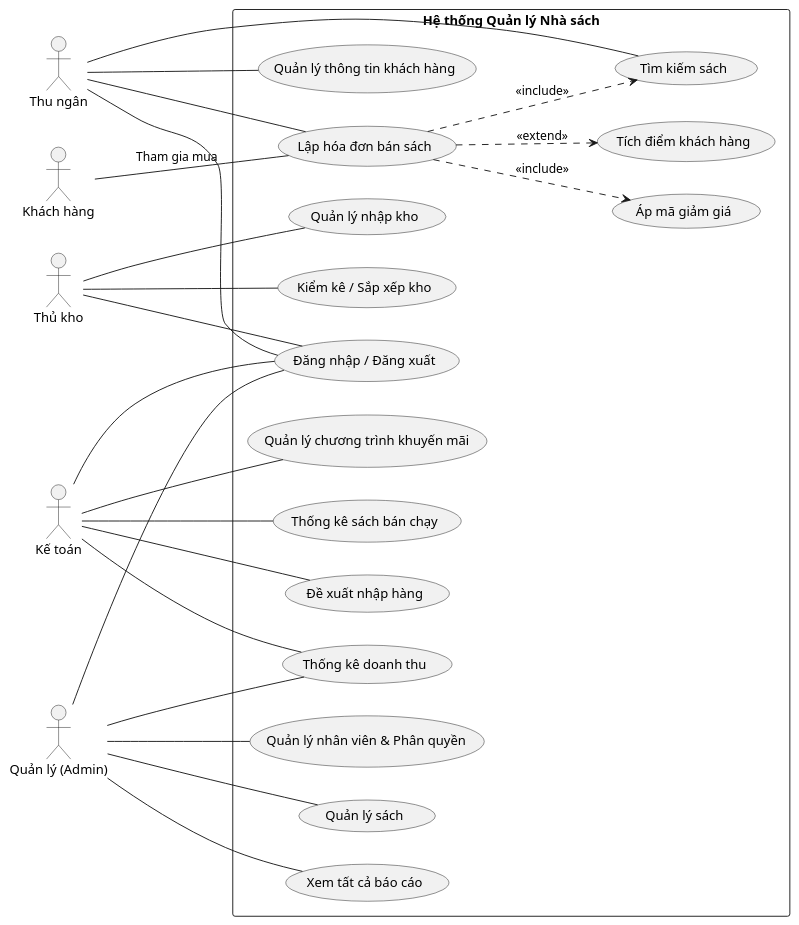
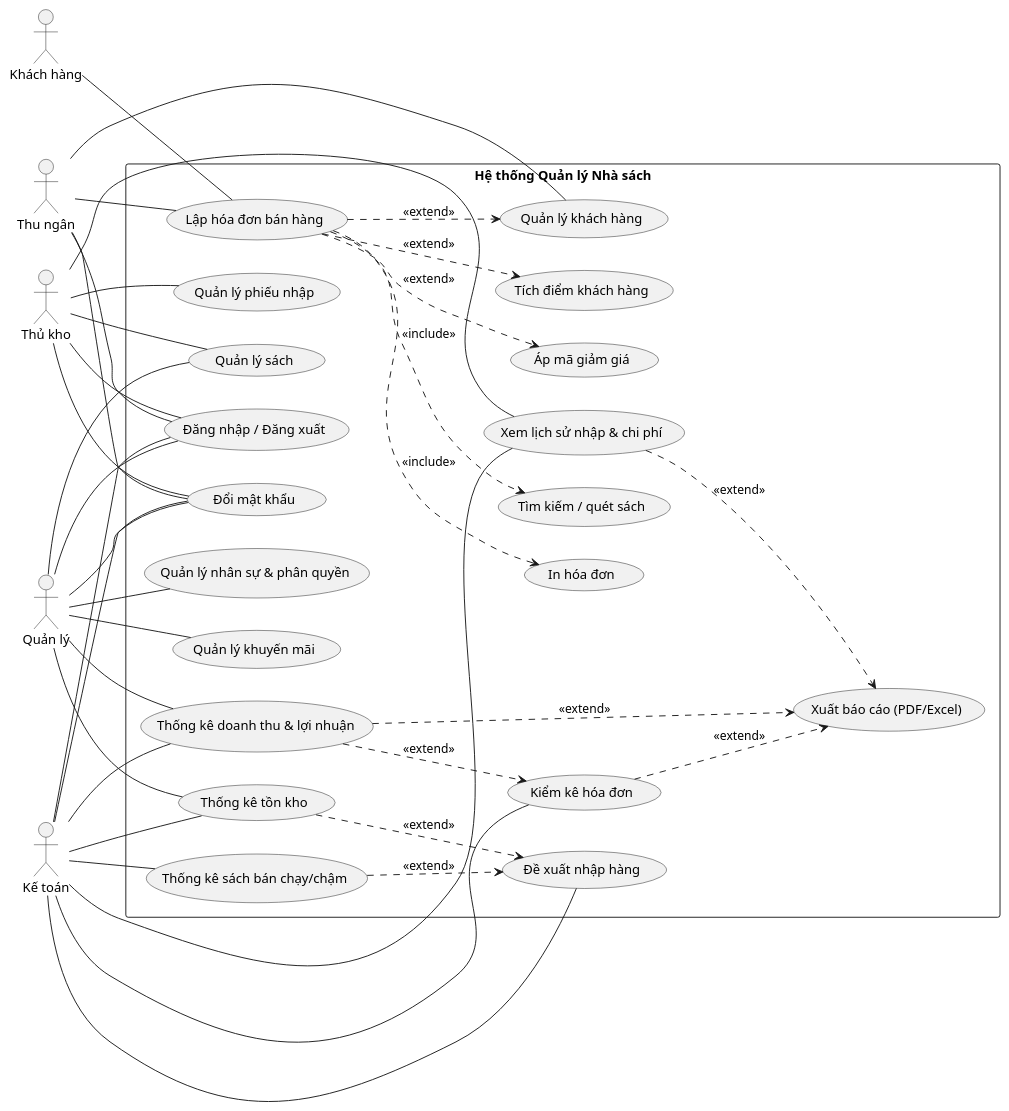
Before and after one commit to Kh0anh/QuanLyNhaSach: the diagram in docs/use case/tổng quan.plantuml, drawn with PlantUML. The commit also changed 13 other files, not shown here.

```diff
--- a/docs/use case/tổng quan.plantuml
+++ b/docs/use case/tổng quan.plantuml
@@ -1,70 +1,92 @@
 @startuml
 left to right direction
 skinparam packageStyle rectangle
 
 actor "Khách hàng" as KH
 actor "Thu ngân" as TN
 actor "Thủ kho" as TK
 actor "Kế toán" as KT
-actor "Quản lý (Admin)" as QL
+actor "Quản lý" as QL
 
 package "Hệ thống Quản lý Nhà sách" {
-    
+
     usecase "Đăng nhập / Đăng xuất" as UC_Login
-    
+    usecase "Đổi mật khẩu" as UC_ChangePwd
+
     ' Nhóm Bán hàng (Thu ngân)
-    usecase "Lập hóa đơn bán sách" as UC_BanHang
-    usecase "Tìm kiếm sách" as UC_TimSach
+    usecase "Lập hóa đơn bán hàng" as UC_BanHang
+    usecase "Tìm kiếm / quét sách" as UC_TimSach
     usecase "Áp mã giảm giá" as UC_GiamGia
-    usecase "Quản lý thông tin khách hàng" as UC_QLKH
+    usecase "Quản lý khách hàng" as UC_QLKH
     usecase "Tích điểm khách hàng" as UC_TichDiem
-    
-    ' Nhóm Kho (Thủ kho)
-    usecase "Quản lý nhập kho" as UC_NhapKho
-    usecase "Kiểm kê / Sắp xếp kho" as UC_KiemKho
-    
-    ' Nhóm Kế toán
-    usecase "Thống kê doanh thu" as UC_TK_DoanhThu
-    usecase "Thống kê sách bán chạy" as UC_TK_BanChay
+    usecase "In hóa đơn" as UC_InHoaDon
+
+    ' Nhập kho
+    usecase "Quản lý phiếu nhập" as UC_PhieuNhap
+
+    ' Danh mục sách
+    usecase "Quản lý sách" as UC_QLSach
+
+    ' Nhân sự
+    usecase "Quản lý nhân sự & phân quyền" as UC_QLNV
+
+    ' Khuyến mãi
+    usecase "Quản lý khuyến mãi" as UC_QLKM
+
+    ' Thống kê - báo cáo
+    usecase "Thống kê doanh thu & lợi nhuận" as UC_TK_DoanhThu
+    usecase "Kiểm kê hóa đơn" as UC_KK_HoaDon
+    usecase "Thống kê tồn kho" as UC_TK_TonKho
+    usecase "Thống kê sách bán chạy/chậm" as UC_TK_BanChay
+    usecase "Xem lịch sử nhập & chi phí" as UC_LichSuNhap
     usecase "Đề xuất nhập hàng" as UC_DeXuatNhap
-    usecase "Quản lý chương trình khuyến mãi" as UC_QLKM
-    
-    ' Nhóm Quản trị (Quản lý)
-    usecase "Quản lý nhân viên & Phân quyền" as UC_QLNV
-    usecase "Quản lý sách" as UC_QLSach
-    usecase "Xem tất cả báo cáo" as UC_XemBaoCao
-
+    usecase "Xuất báo cáo (PDF/Excel)" as UC_XuatBC
 }
 
 ' Quan hệ Thu ngân
 TN -- UC_Login
+TN -- UC_ChangePwd
 TN -- UC_BanHang
-TN -- UC_TimSach
 TN -- UC_QLKH
-UC_BanHang ..> UC_GiamGia : <<include>>
+UC_BanHang ..> UC_TimSach : <<include>>
+UC_BanHang ..> UC_GiamGia : <<extend>>
 UC_BanHang ..> UC_TichDiem : <<extend>>
-UC_BanHang ..> UC_TimSach : <<include>>
+UC_BanHang ..> UC_InHoaDon : <<include>>
+UC_BanHang ..> UC_QLKH : <<extend>>
 
-' Quan hệ Khách hàng (Tác động vào việc mua hàng)
-KH -- UC_BanHang : Tham gia mua
+' Quan hệ Khách hàng (tham gia mua hàng)
+KH -- UC_BanHang
 
 ' Quan hệ Thủ kho
 TK -- UC_Login
-TK -- UC_NhapKho
-TK -- UC_KiemKho
+TK -- UC_ChangePwd
+TK -- UC_PhieuNhap
+TK -- UC_QLSach
+TK -- UC_LichSuNhap
 
 ' Quan hệ Kế toán
 KT -- UC_Login
+KT -- UC_ChangePwd
 KT -- UC_TK_DoanhThu
+KT -- UC_KK_HoaDon
+KT -- UC_TK_TonKho
 KT -- UC_TK_BanChay
+KT -- UC_LichSuNhap
 KT -- UC_DeXuatNhap
-KT -- UC_QLKM
+UC_TK_DoanhThu ..> UC_XuatBC : <<extend>>
+UC_LichSuNhap ..> UC_XuatBC : <<extend>>
+UC_TK_TonKho ..> UC_DeXuatNhap : <<extend>>
+UC_TK_BanChay ..> UC_DeXuatNhap : <<extend>>
+UC_KK_HoaDon ..> UC_XuatBC : <<extend>>
+UC_TK_DoanhThu ..> UC_KK_HoaDon : <<extend>>
 
-' Quan hệ Quản lý (Có quyền cao nhất)
+' Quan hệ Quản lý (quyền cao nhất)
 QL -- UC_Login
+QL -- UC_ChangePwd
 QL -- UC_QLNV
 QL -- UC_QLSach
-QL -- UC_XemBaoCao
+QL -- UC_QLKM
 QL -- UC_TK_DoanhThu
+QL -- UC_TK_TonKho
 
 @enduml
```
